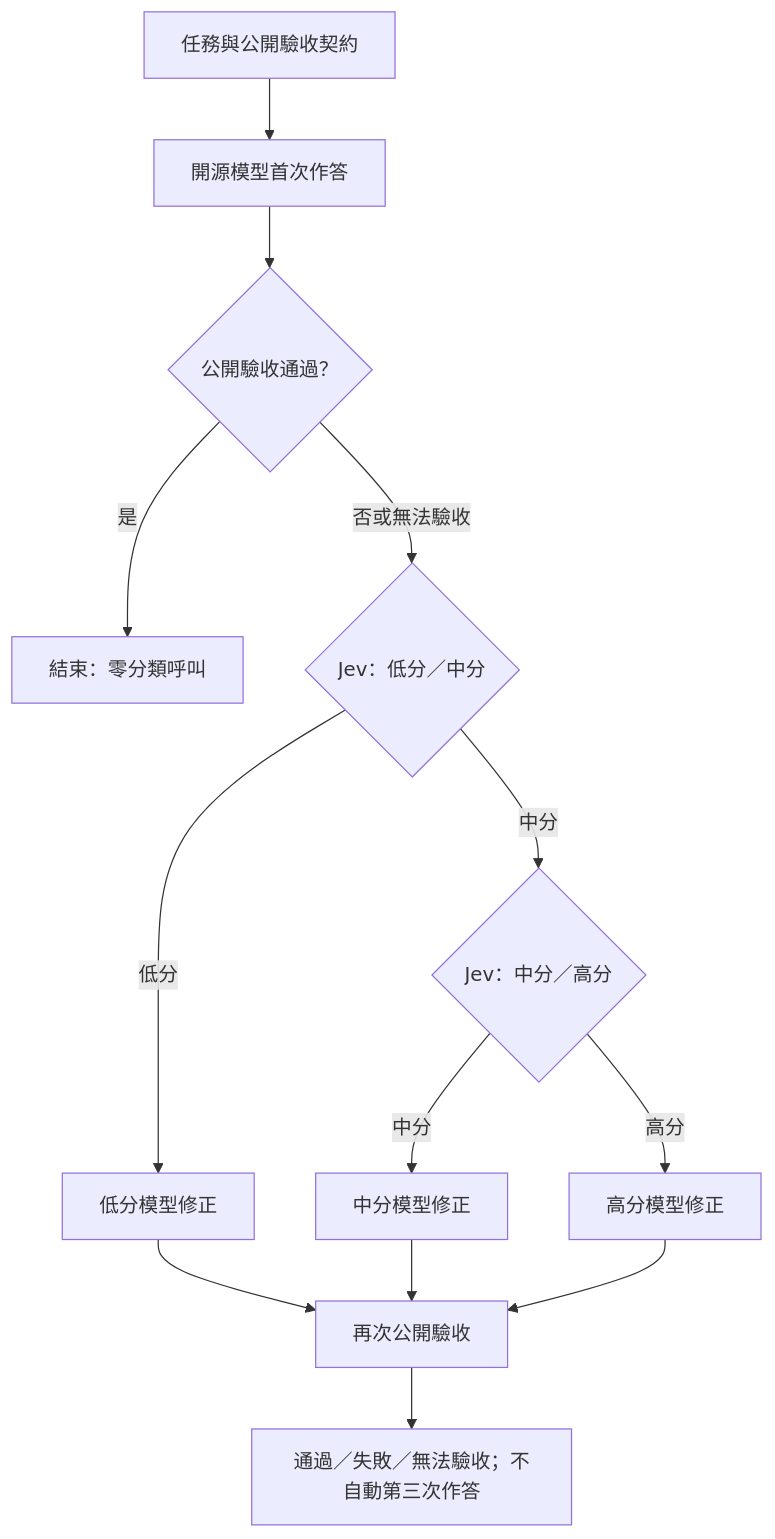
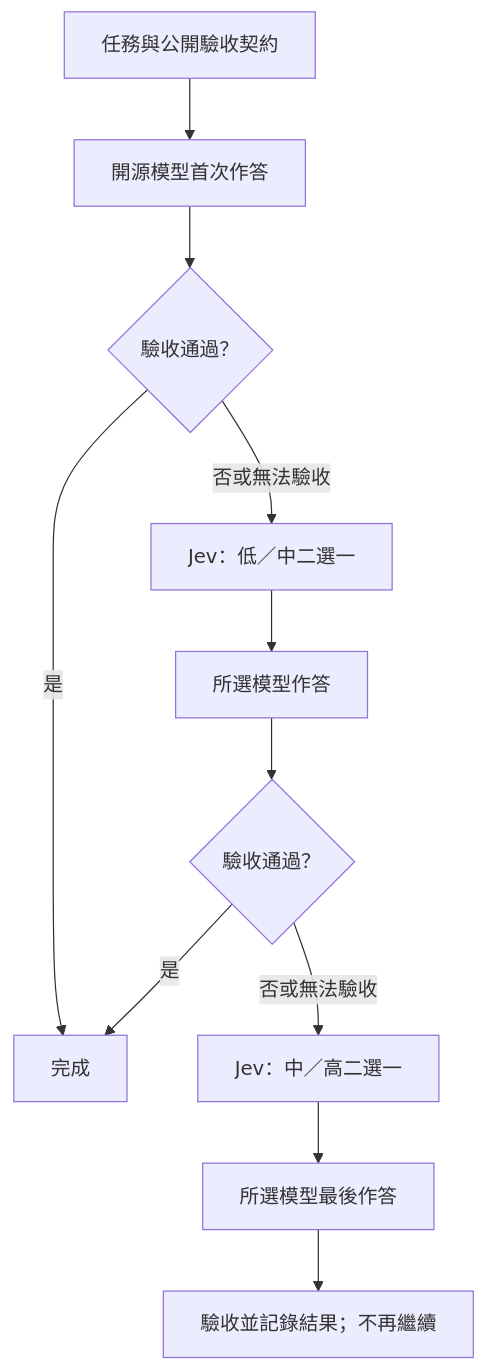
The diagram in README.md (alexwang0315/cloudyfan-routing), drawn with Mermaid before and after one commit. The commit also changed other lines of this file and 67 other files, not shown here.

````diff
--- a/README.md
+++ b/README.md
@@ -49,15 +49,13 @@
 ```mermaid
 flowchart TD
     T[任務與公開驗收契約] --> O[開源模型首次作答]
-    O --> V{公開驗收通過？}
-    V -->|是| DONE[結束：零分類呼叫]
-    V -->|否或無法驗收| J1{Jev：低分／中分}
-    J1 -->|低分| L[低分模型修正]
-    J1 -->|中分| J2{Jev：中分／高分}
-    J2 -->|中分| M[中分模型修正]
-    J2 -->|高分| H[高分模型修正]
-    L --> CHECK[再次公開驗收]
-    M --> CHECK
-    H --> CHECK
-    CHECK --> END[通過／失敗／無法驗收；不自動第三次作答]
+    O --> V{驗收通過？}
+    V -->|是| DONE[完成]
+    V -->|否或無法驗收| J1[Jev：低／中二選一]
+    J1 --> A1[所選模型作答]
+    A1 --> V1{驗收通過？}
+    V1 -->|是| DONE
+    V1 -->|否或無法驗收| J2[Jev：中／高二選一]
+    J2 --> A2[所選模型最後作答]
+    A2 --> END[驗收並記錄結果；不再繼續]
 ```
````
